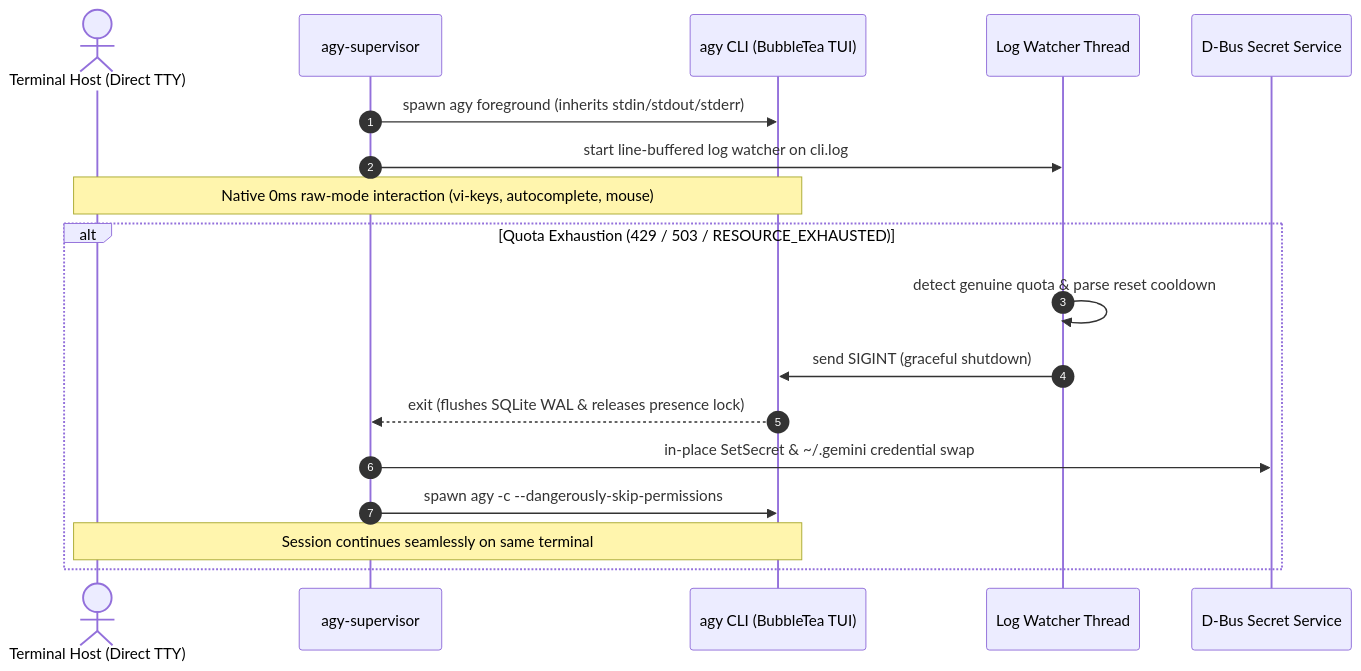
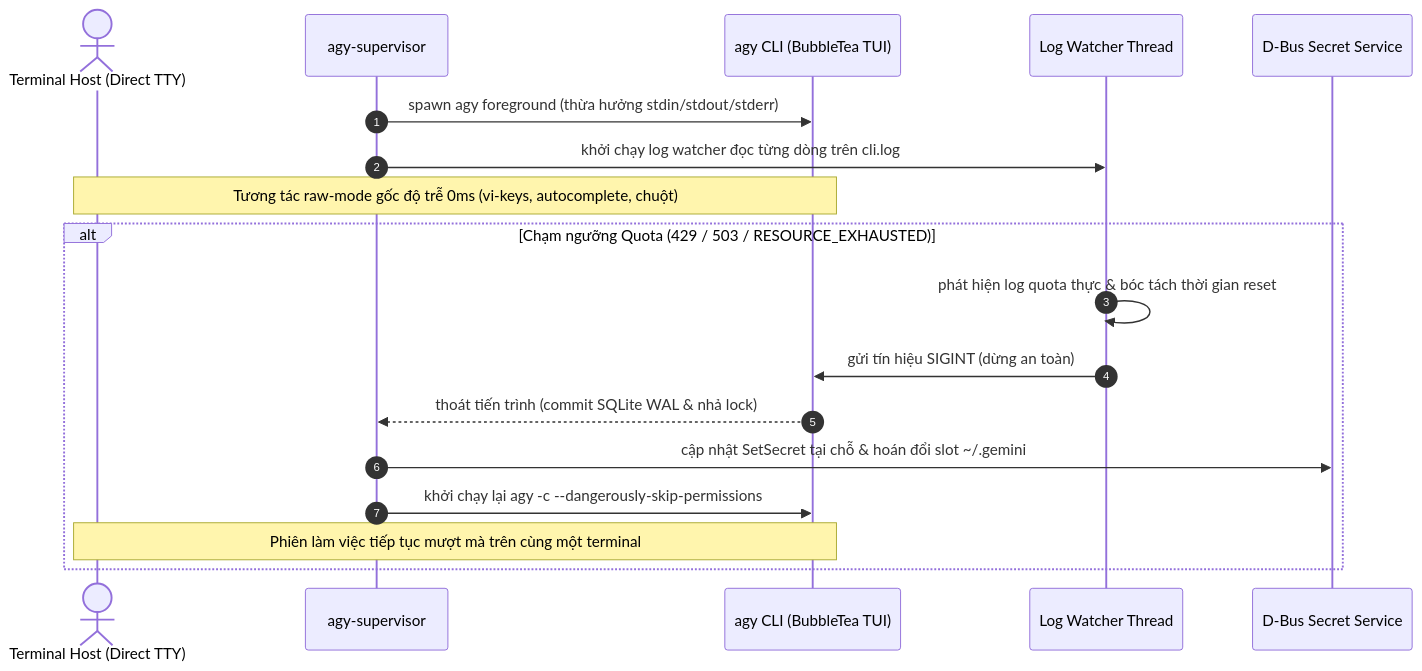
The diagram in README.md (Tc3s/Gr33d-4gy), drawn with Mermaid before and after one commit. The commit also changed other lines of this file, not shown here.

````diff
--- a/README.md
+++ b/README.md
@@ -11,22 +11,22 @@
 ```mermaid
 sequenceDiagram
     autonumber
     actor User as Terminal Host (Direct TTY)
     participant Supervisor as agy-supervisor
     participant agy as agy CLI (BubbleTea TUI)
     participant Watcher as Log Watcher Thread
     participant Keyring as D-Bus Secret Service
 
-    Supervisor->>agy: spawn agy foreground (inherits stdin/stdout/stderr)
-    Supervisor->>Watcher: start line-buffered log watcher on cli.log
-    Note over User,agy: Native 0ms raw-mode interaction (vi-keys, autocomplete, mouse)
+    Supervisor->>agy: spawn agy foreground (thừa hưởng stdin/stdout/stderr)
+    Supervisor->>Watcher: khởi chạy log watcher đọc từng dòng trên cli.log
+    Note over User,agy: Tương tác raw-mode gốc độ trễ 0ms (vi-keys, autocomplete, chuột)
 
-    alt Quota Exhaustion (429 / 503 / RESOURCE_EXHAUSTED)
-        Watcher->>Watcher: detect genuine quota & parse reset cooldown
-        Watcher->>agy: send SIGINT (graceful shutdown)
-        agy-->>Supervisor: exit (flushes SQLite WAL & releases presence lock)
-        Supervisor->>Keyring: in-place SetSecret & ~/.gemini credential swap
-        Supervisor->>agy: spawn agy -c --dangerously-skip-permissions
-        Note over User,agy: Session continues seamlessly on same terminal
+    alt Chạm ngưỡng Quota (429 / 503 / RESOURCE_EXHAUSTED)
+        Watcher->>Watcher: phát hiện log quota thực & bóc tách thời gian reset
+        Watcher->>agy: gửi tín hiệu SIGINT (dừng an toàn)
+        agy-->>Supervisor: thoát tiến trình (commit SQLite WAL & nhả lock)
+        Supervisor->>Keyring: cập nhật SetSecret tại chỗ & hoán đổi slot ~/.gemini
+        Supervisor->>agy: khởi chạy lại agy -c --dangerously-skip-permissions
+        Note over User,agy: Phiên làm việc tiếp tục mượt mà trên cùng một terminal
     end
 ```
````
